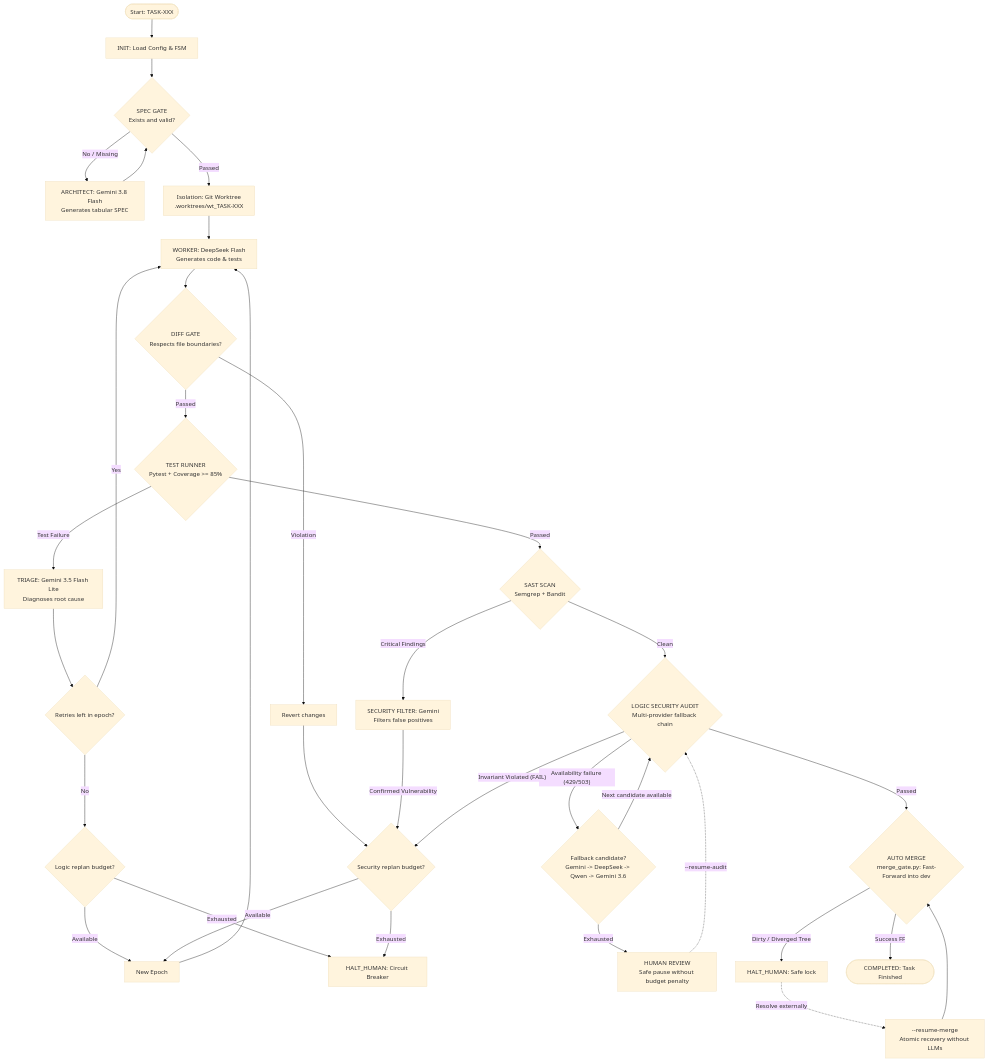
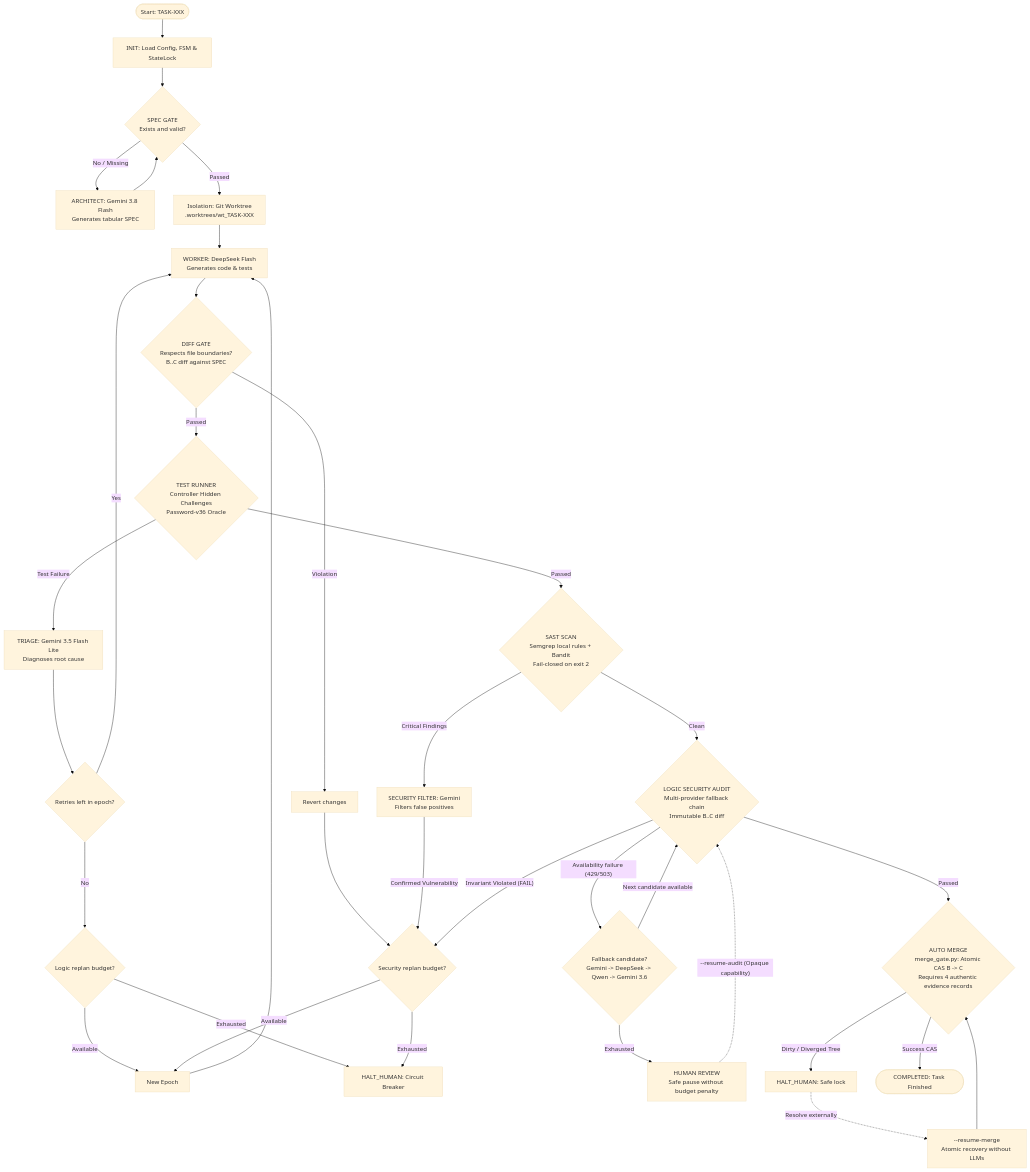
One commit to LE0ST/autonomous-multi-agent-software-factory changed the diagram in README.md. Above: the diagram before and after it, drawn with Mermaid (base theme). The commit also changed other lines of this file and 1 other file, not shown here.

Commit message:
docs: refresh bilingual READMEs with security audit posture and baseline distinctions

````diff
--- a/README.md
+++ b/README.md
@@ -38,43 +40,43 @@
 ```mermaid
 flowchart TD
-    Start([Start: TASK-XXX]) --> INIT[INIT: Load Config & FSM]
+    Start([Start: TASK-XXX]) --> INIT[INIT: Load Config, FSM & StateLock]
     INIT --> SPEC_GATE{SPEC GATE<br/>Exists and valid?}
     
     SPEC_GATE -- No / Missing --> ARCHITECT[ARCHITECT: Gemini 3.8 Flash<br/>Generates tabular SPEC]
     ARCHITECT --> SPEC_GATE
     
     SPEC_GATE -- Passed --> WORKTREE[Isolation: Git Worktree<br/>.worktrees/wt_TASK-XXX]
     WORKTREE --> WORKER[WORKER: DeepSeek Flash<br/>Generates code & tests]
     
-    WORKER --> DIFF_GATE{DIFF GATE<br/>Respects file boundaries?}
+    WORKER --> DIFF_GATE{DIFF GATE<br/>Respects file boundaries?<br/>B..C diff against SPEC}
     DIFF_GATE -- Violation --> REVERT_DIFF[Revert changes] --> REPLAN_SEC{Security replan budget?}
     
-    DIFF_GATE -- Passed --> TESTING{TEST RUNNER<br/>Pytest + Coverage >= 85%}
+    DIFF_GATE -- Passed --> TESTING{TEST RUNNER<br/>Controller Hidden Challenges<br/>Password-v36 Oracle}
     TESTING -- Test Failure --> TRIAGE[TRIAGE: Gemini 3.5 Flash Lite<br/>Diagnoses root cause]
     TRIAGE --> RETRY_EPOCH{Retries left in epoch?}
     RETRY_EPOCH -- Yes --> WORKER
     RETRY_EPOCH -- No --> REPLAN_LOG{Logic replan budget?}
     REPLAN_LOG -- Available --> NEW_EPOCH[New Epoch] --> WORKER
     REPLAN_LOG -- Exhausted --> HALT_HUMAN[HALT_HUMAN: Circuit Breaker]
     
-    TESTING -- Passed --> SAST{SAST SCAN<br/>Semgrep + Bandit}
+    TESTING -- Passed --> SAST{SAST SCAN<br/>Semgrep local rules + Bandit<br/>Fail-closed on exit 2}
     SAST -- Critical Findings --> SAST_FILTER[SECURITY FILTER: Gemini<br/>Filters false positives]
     SAST_FILTER -- Confirmed Vulnerability --> REPLAN_SEC
     REPLAN_SEC -- Available --> NEW_EPOCH
     REPLAN_SEC -- Exhausted --> HALT_HUMAN
     
-    SAST -- Clean --> LOGIC_AUDIT{LOGIC SECURITY AUDIT<br/>Multi-provider fallback chain}
+    SAST -- Clean --> LOGIC_AUDIT{LOGIC SECURITY AUDIT<br/>Multi-provider fallback chain<br/>Immutable B..C diff}
     LOGIC_AUDIT -- Availability failure (429/503) --> FALLBACK{Fallback candidate?<br/>Gemini -> DeepSeek -> Qwen -> Gemini 3.6}
     FALLBACK -- Next candidate available --> LOGIC_AUDIT
     FALLBACK -- Exhausted --> HUMAN_REVIEW[HUMAN REVIEW<br/>Safe pause without budget penalty]
     LOGIC_AUDIT -- Invariant Violated (FAIL) --> REPLAN_SEC
     
-    HUMAN_REVIEW -. --resume-audit .-> LOGIC_AUDIT
+    HUMAN_REVIEW -. --resume-audit (Opaque capability) .-> LOGIC_AUDIT
 
-    LOGIC_AUDIT -- Passed --> AUTO_MERGE{AUTO MERGE<br/>merge_gate.py: Fast-Forward into dev}
+    LOGIC_AUDIT -- Passed --> AUTO_MERGE{AUTO MERGE<br/>merge_gate.py: Atomic CAS B -> C<br/>Requires 4 authentic evidence records}
     AUTO_MERGE -- Dirty / Diverged Tree --> HALT_MERGE[HALT_HUMAN: Safe lock]
-    AUTO_MERGE -- Success FF --> COMPLETED([COMPLETED: Task Finished])
+    AUTO_MERGE -- Success CAS --> COMPLETED([COMPLETED: Task Finished])
     
     HALT_MERGE -. Resolve externally .-> RESUME[--resume-merge<br/>Atomic recovery without LLMs]
     RESUME --> AUTO_MERGE
 ```
````
